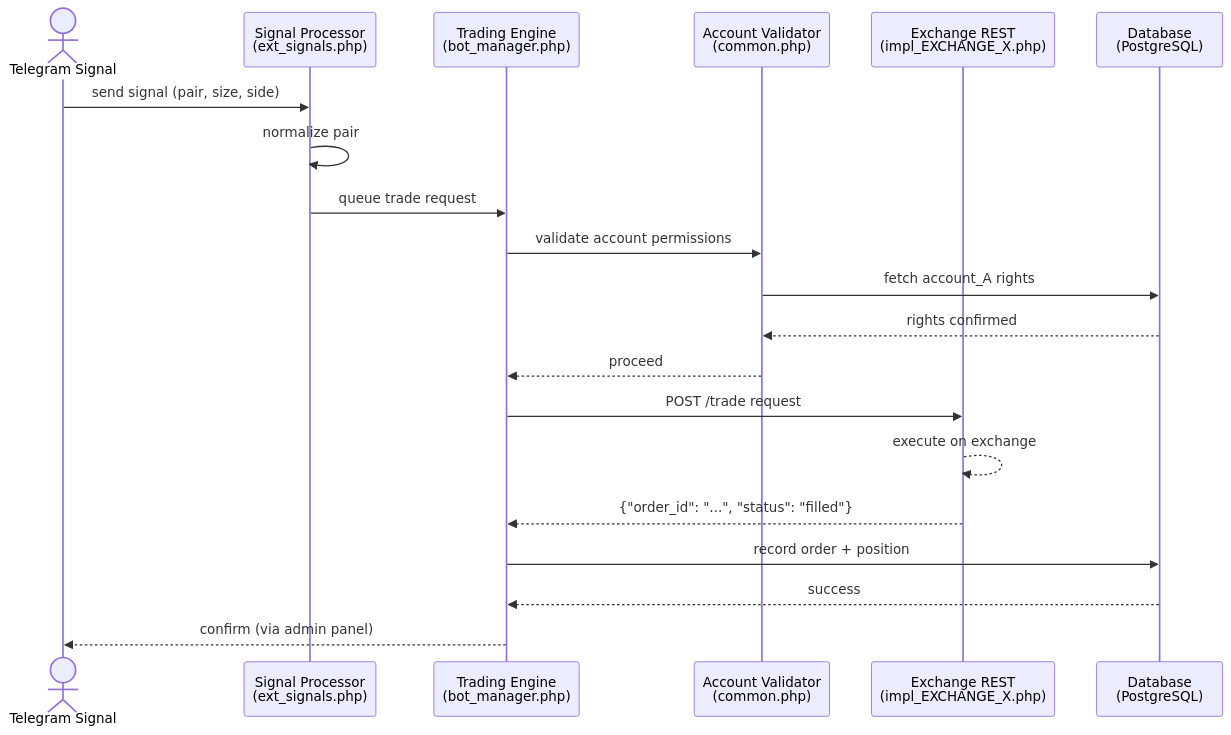
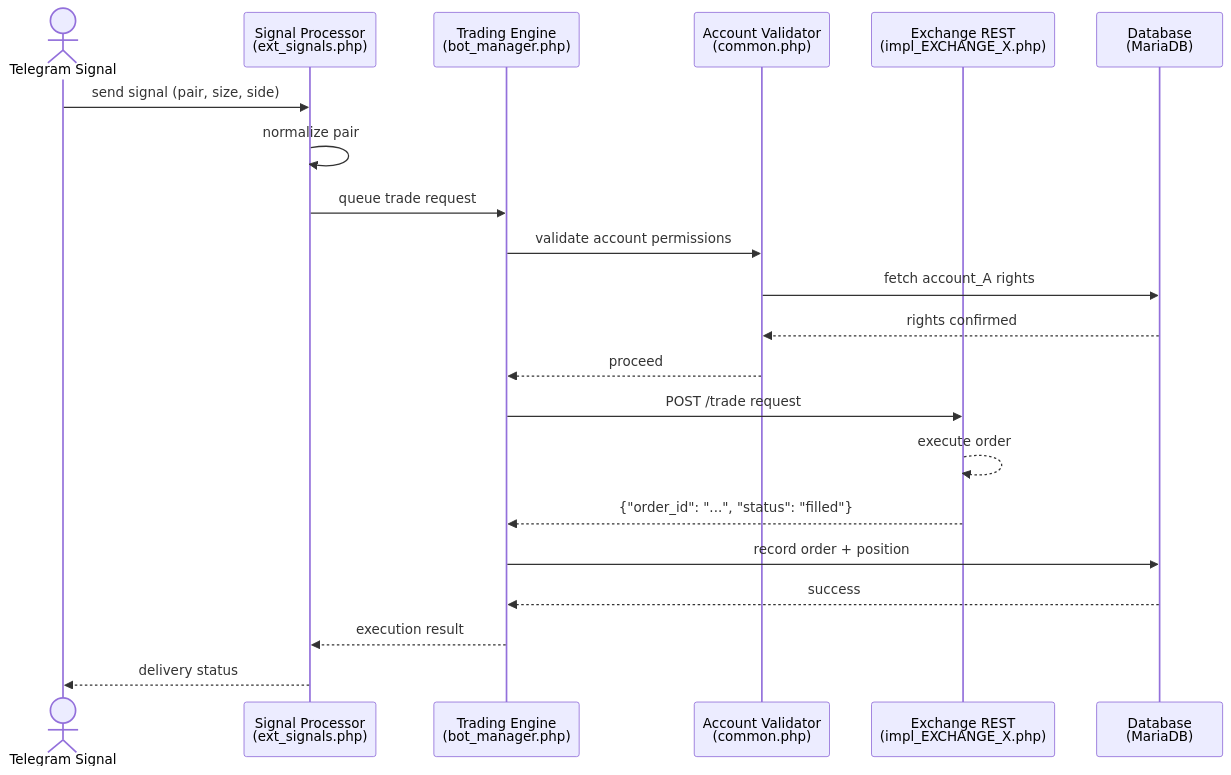
Before and after one commit to alpet83/trading-platform-php: the second of 4 diagrams in docs/TradeBot_ARCHITECTURE_DIAGRAMS.md, drawn with Mermaid. The commit also changed other lines of this file and 58 other files, not shown here.

````diff
--- a/docs/TradeBot_ARCHITECTURE_DIAGRAMS.md
+++ b/docs/TradeBot_ARCHITECTURE_DIAGRAMS.md
@@ -50,24 +50,25 @@
 ```mermaid
 sequenceDiagram
     actor TS as Telegram Signal
     participant SIG as Signal Processor<br/>(ext_signals.php)
     participant ENG as Trading Engine<br/>(bot_manager.php)
     participant ACC as Account Validator<br/>(common.php)
     participant EXCH as Exchange REST<br/>(impl_EXCHANGE_X.php)
-    participant DB as Database<br/>(PostgreSQL)
+    participant DB as Database<br/>(MariaDB)
     
     TS->>SIG: send signal (pair, size, side)
     SIG->>SIG: normalize pair
     SIG->>ENG: queue trade request
     ENG->>ACC: validate account permissions
     ACC->>DB: fetch account_A rights
     DB-->>ACC: rights confirmed
     ACC-->>ENG: proceed
     ENG->>EXCH: POST /trade request
-    EXCH-->>EXCH: execute on exchange
+    EXCH-->>EXCH: execute order
     EXCH-->>ENG: {"order_id": "...", "status": "filled"}
     ENG->>DB: record order + position
     DB-->>ENG: success
-    ENG-->>TS: confirm (via admin panel)
+    ENG-->>SIG: execution result
+    SIG-->>TS: delivery status
     
 ```
````
